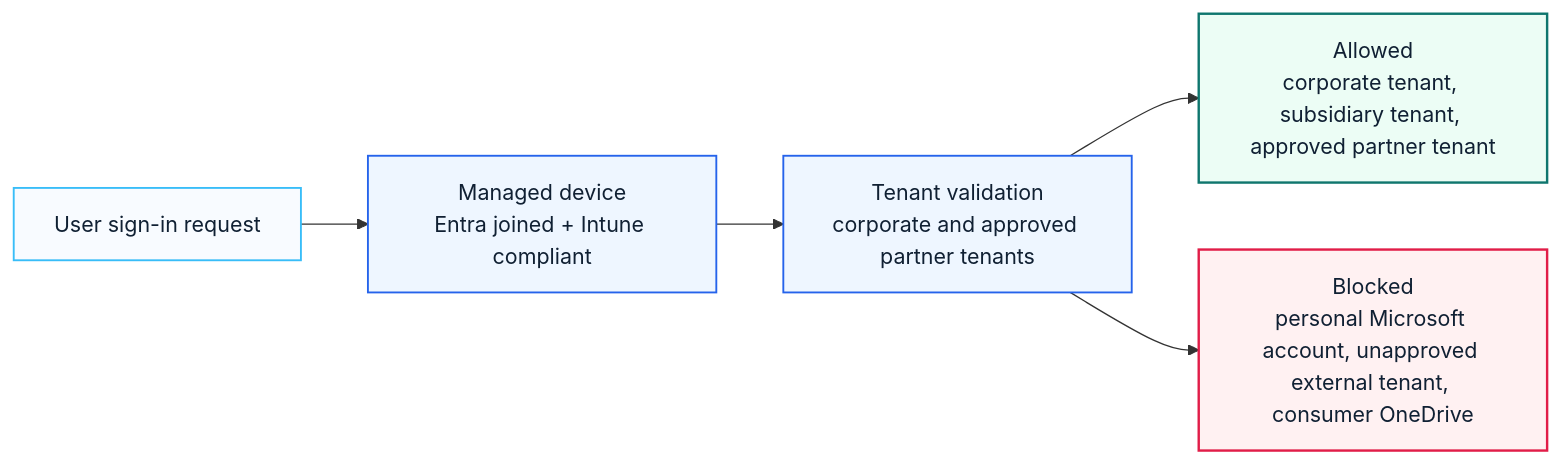
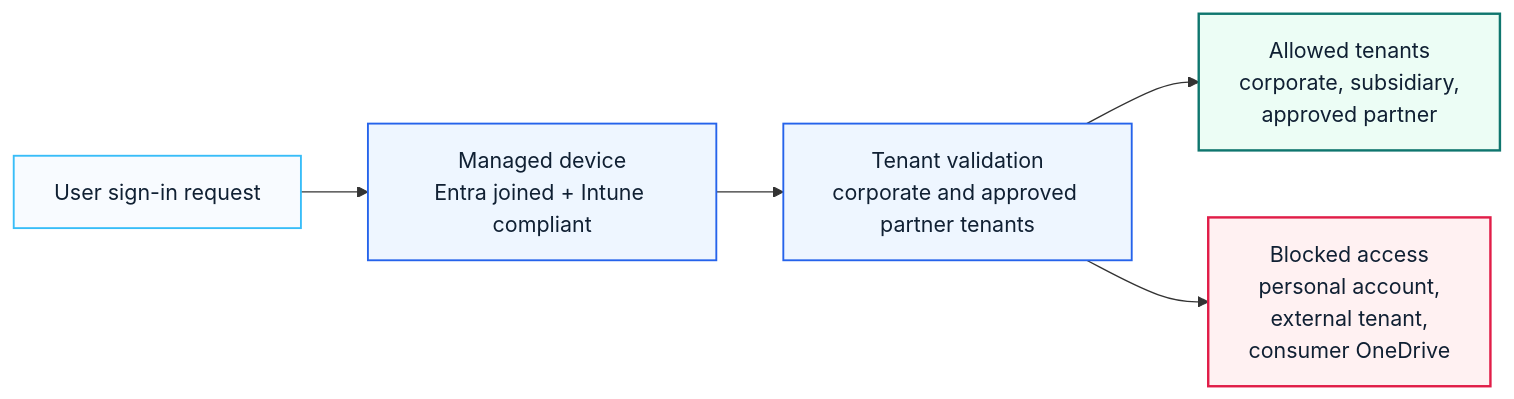
The second of 3 diagrams in docs/knowledge-center/gsa-whitelist-design.md (Eric841001/Eric841001.github.io), drawn with Mermaid before and after one commit. The commit also changed 2 other files, not shown here.

Commit message:
Extend visual zoom and refine diagram labels

````diff
--- a/docs/knowledge-center/gsa-whitelist-design.md
+++ b/docs/knowledge-center/gsa-whitelist-design.md
@@ -87,17 +87,17 @@
 ```mermaid
 flowchart LR
   Request["User sign-in request"]:::request
   Device["Managed device<br/>Entra joined + Intune compliant"]:::control
   Tenant["Tenant validation<br/>corporate and approved partner tenants"]:::control
-  Allow["Allowed<br/>corporate tenant, subsidiary tenant, approved partner tenant"]:::allow
-  Block["Blocked<br/>personal Microsoft account, unapproved external tenant, consumer OneDrive"]:::block
+  Allow["Allowed tenants<br/>corporate, subsidiary,<br/>approved partner"]:::allow
+  Block["Blocked access<br/>personal account,<br/>external tenant,<br/>consumer OneDrive"]:::block
 
   Request --> Device --> Tenant
   Tenant --> Allow
   Tenant --> Block
 
   classDef request fill:#f8fbff,stroke:#38bdf8,color:#102033,stroke-width:1.4px
   classDef control fill:#eef6ff,stroke:#2563eb,color:#102033,stroke-width:1.4px
   classDef allow fill:#ecfdf5,stroke:#0f766e,color:#102033,stroke-width:1.8px
   classDef block fill:#fff1f2,stroke:#e11d48,color:#102033,stroke-width:1.8px
 ```
````
